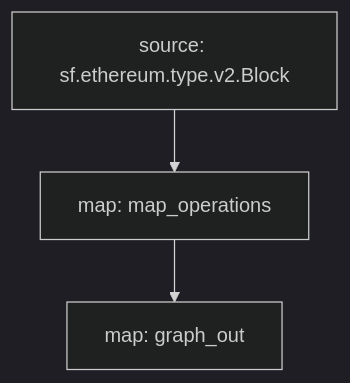
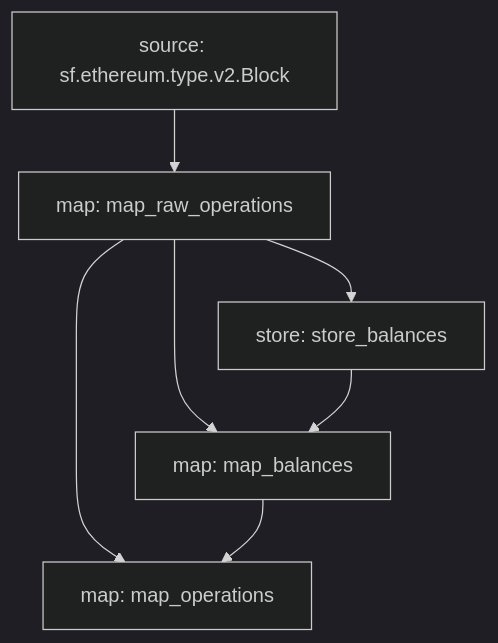
Before and after one commit to pinax-network/substreams-inscriptions: the diagram in README.md, drawn with Mermaid (dark theme). The commit also changed 1 other file, not shown here.

````diff
--- a/README.md
+++ b/README.md
@@ -25,7 +25,13 @@
 ```mermaid
 graph TD;
+  map_raw_operations[map: map_raw_operations];
+  sf.ethereum.type.v2.Block[source: sf.ethereum.type.v2.Block] --> map_raw_operations;
+  map_balances[map: map_balances];
+  map_raw_operations --> map_balances;
+  store_balances --> map_balances;
   map_operations[map: map_operations];
-  sf.ethereum.type.v2.Block[source: sf.ethereum.type.v2.Block] --> map_operations;
-  graph_out[map: graph_out];
-  map_operations --> graph_out;
+  map_raw_operations --> map_operations;
+  map_balances --> map_operations;
+  store_balances[store: store_balances];
+  map_raw_operations --> store_balances;
 ```
````
